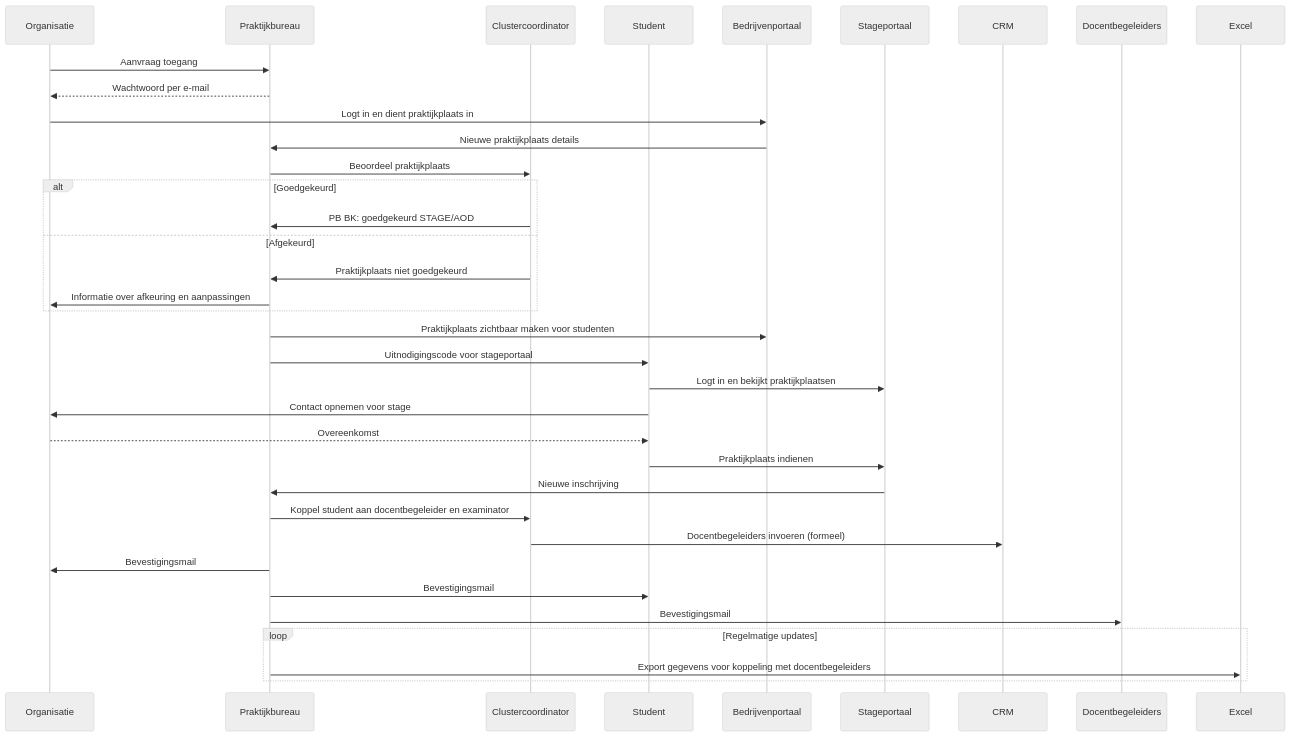
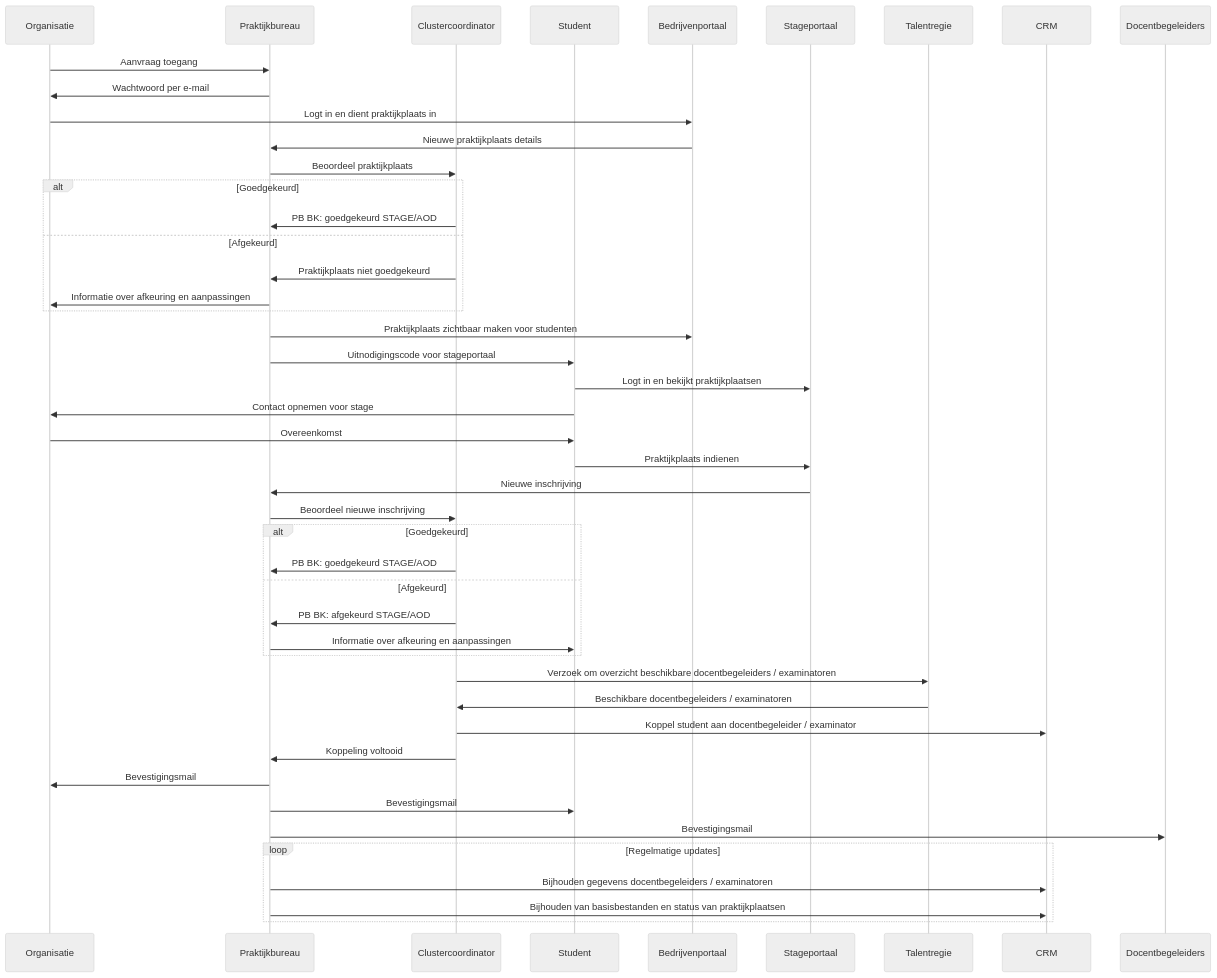
Before and after one commit to hanbedrijfskunde/praktijkworkflow: the diagram in workflow.qmd, drawn with Mermaid (neutral theme). The commit also changed other lines of this file and 18 other files, not shown here.

````diff
--- a/workflow.qmd
+++ b/workflow.qmd
@@ -73,43 +14,58 @@
 ```{mermaid}
 
 sequenceDiagram
   participant Organisatie
   participant Praktijkbureau
   participant Clustercoordinator
   participant Student
+  participant Bedrijvenportaal
+  participant Stageportaal
+  participant Talentregie
 
+  %% Fase 1: Toegang & Indienen
   Organisatie->>Praktijkbureau: Aanvraag toegang
-  Praktijkbureau-->>Organisatie: Wachtwoord per e-mail
-  
+  Praktijkbureau->>Organisatie: Wachtwoord per e-mail
   Organisatie->>Bedrijvenportaal: Logt in en dient praktijkplaats in
   Bedrijvenportaal->>Praktijkbureau: Nieuwe praktijkplaats details
-  
+
+  %% Fase 2: Beoordelen & Verwerken
   Praktijkbureau->>Clustercoordinator: Beoordeel praktijkplaats
   alt Goedgekeurd
     Clustercoordinator->>Praktijkbureau: PB BK: goedgekeurd STAGE/AOD
   else Afgekeurd
     Clustercoordinator->>Praktijkbureau: Praktijkplaats niet goedgekeurd
     Praktijkbureau->>Organisatie: Informatie over afkeuring en aanpassingen
   end
-  
   Praktijkbureau->>Bedrijvenportaal: Praktijkplaats zichtbaar maken voor studenten
+
+  %% Fase 3: Inschrijvingen & Goedkeuring
   Praktijkbureau->>Student: Uitnodigingscode voor stageportaal
   Student->>Stageportaal: Logt in en bekijkt praktijkplaatsen
-  
   Student->>Organisatie: Contact opnemen voor stage
-  Organisatie-->>Student: Overeenkomst
+  Organisatie->>Student: Overeenkomst
   Student->>Stageportaal: Praktijkplaats indienen
-  
   Stageportaal->>Praktijkbureau: Nieuwe inschrijving
-  Praktijkbureau->>Clustercoordinator: Koppel student aan docentbegeleider en examinator
-  Clustercoordinator->>CRM: Docentbegeleiders invoeren (formeel)
-  
+  Praktijkbureau->>Clustercoordinator: Beoordeel nieuwe inschrijving
+  alt Goedgekeurd
+    Clustercoordinator->>Praktijkbureau: PB BK: goedgekeurd STAGE/AOD
+  else Afgekeurd
+    Clustercoordinator->>Praktijkbureau: PB BK: afgekeurd STAGE/AOD
+    Praktijkbureau->>Student: Informatie over afkeuring en aanpassingen
+  end
+
+  %% Fase 4: Inzet begeleiding
+  Clustercoordinator->>Talentregie: Verzoek om overzicht beschikbare docentbegeleiders / examinatoren
+  Talentregie->>Clustercoordinator: Beschikbare docentbegeleiders / examinatoren
+  Clustercoordinator->>CRM: Koppel student aan docentbegeleider / examinator
+  Clustercoordinator->>Praktijkbureau: Koppeling voltooid
   Praktijkbureau->>Organisatie: Bevestigingsmail
   Praktijkbureau->>Student: Bevestigingsmail
   Praktijkbureau->>Docentbegeleiders: Bevestigingsmail
-  
+
+  %% Fase 5: Overzicht en Onderhoud
   loop Regelmatige updates
-    Praktijkbureau->>Excel: Export gegevens voor koppeling met docentbegeleiders
+    Praktijkbureau->>CRM: Bijhouden gegevens docentbegeleiders / examinatoren
+    Praktijkbureau->>CRM: Bijhouden van basisbestanden en status van praktijkplaatsen
   end
 
 ```
````
